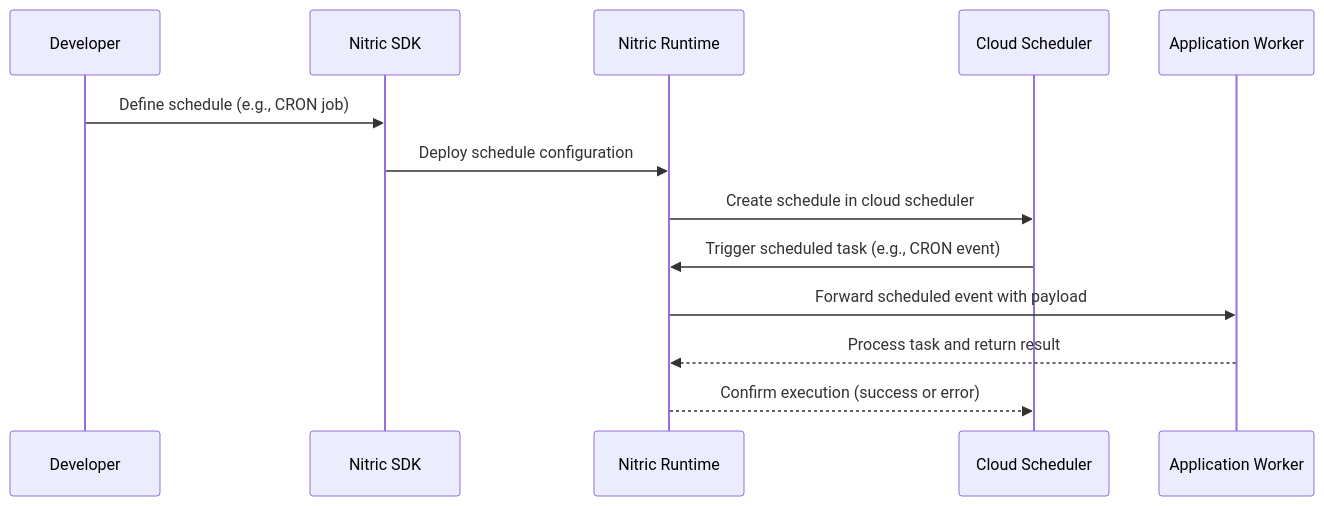
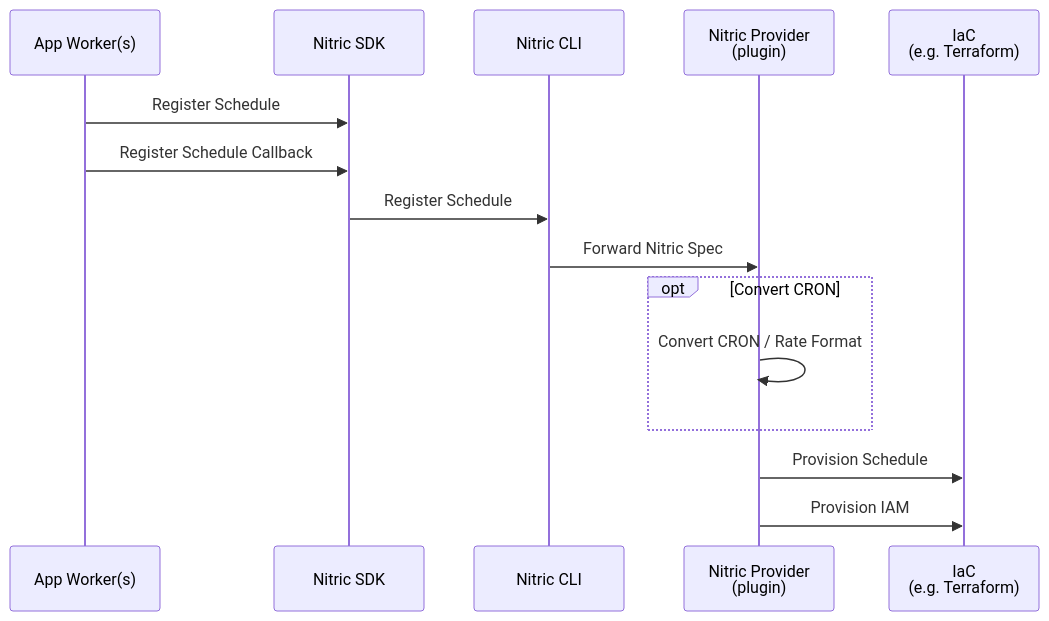
Before and after one commit to nitrictech/docs: the third of 4 diagrams in docs/architecture/schedules.mdx, drawn with Mermaid. The commit also changed other lines of this file and 1 other file, not shown here.

Commit message:
update schedule sequences

````diff
--- a/docs/architecture/schedules.mdx
+++ b/docs/architecture/schedules.mdx
@@ -77,17 +79,21 @@
 ```mermaid
 sequenceDiagram
-    participant Developer as Developer
-    participant NitricSDK as Nitric SDK
-    participant NitricRuntime as Nitric Runtime
-    participant Scheduler as Cloud Scheduler
-    participant Worker as Application Worker
+    participant Worker as App Worker(s)
+    participant SDK as Nitric SDK
+    participant Nitric as Nitric CLI
+    participant Provider as Nitric Provider <br> (plugin)
+    participant IAC as IaC <br> (e.g. Terraform)
 
-    Developer->>NitricSDK: Define schedule (e.g., CRON job)
-    NitricSDK->>NitricRuntime: Deploy schedule configuration
-    NitricRuntime->>Scheduler: Create schedule in cloud scheduler
+    Worker->>SDK: Register Schedule
+    Worker->>SDK: Register Schedule Callback
+    SDK->>Nitric: Register Schedule
 
-    Scheduler->>NitricRuntime: Trigger scheduled task (e.g., CRON event)
-    NitricRuntime->>Worker: Forward scheduled event with payload
-    Worker-->>NitricRuntime: Process task and return result
-    NitricRuntime-->>Scheduler: Confirm execution (success or error)
+    Nitric->>Provider: Forward Nitric Spec
+
+    opt Convert CRON
+      Provider->>Provider: Convert CRON / Rate Format
+    end
+
+    Provider->>IAC: Provision Schedule
+    Provider->>IAC: Provision IAM
 ```
````
